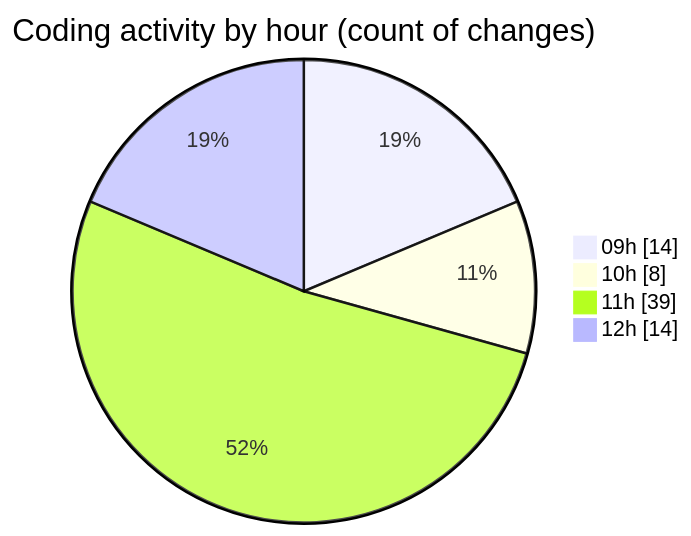
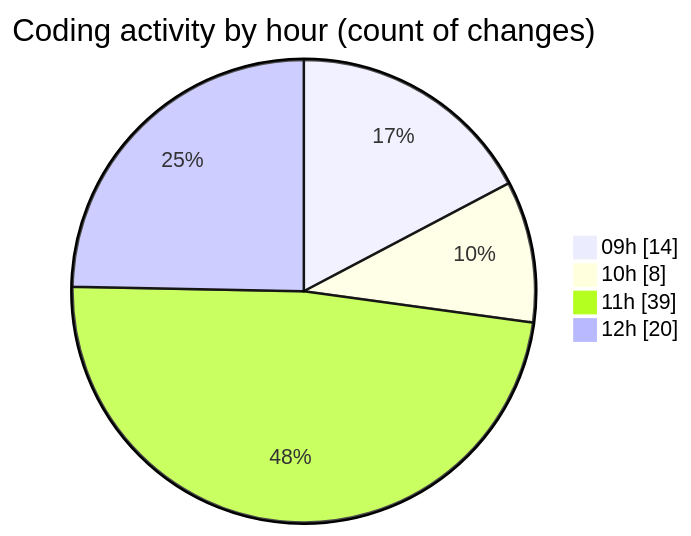
The second of 2 diagrams in 2025-02-07/cda/README.md (momahboobian/code-tracking), drawn with Mermaid before and after one commit. The commit also changed other lines of this file and 1 other file, not shown here.

````diff
--- a/2025-02-07/cda/README.md
+++ b/2025-02-07/cda/README.md
@@ -54,8 +60,8 @@
 ```mermaid
 pie showData
 title Coding activity by hour (count of changes)
 "09h" : 14
 "10h" : 8
 "11h" : 39
-"12h" : 14
+"12h" : 20
 ```
````
